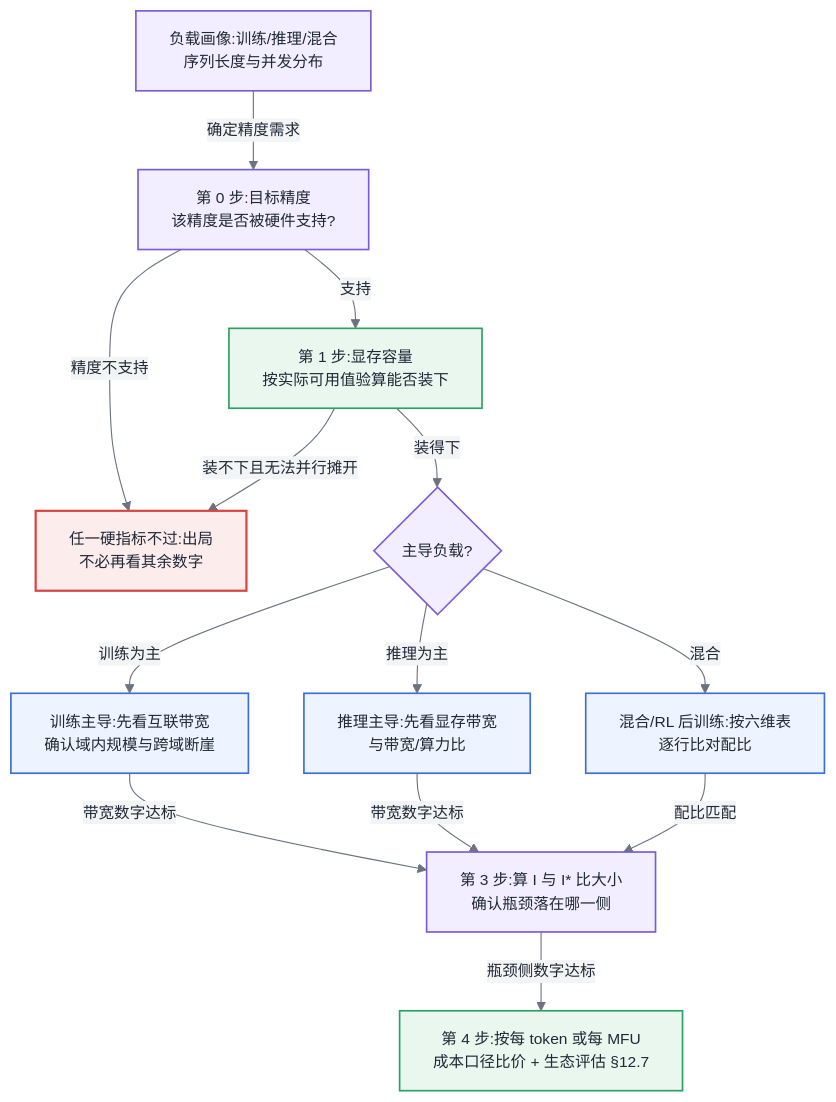
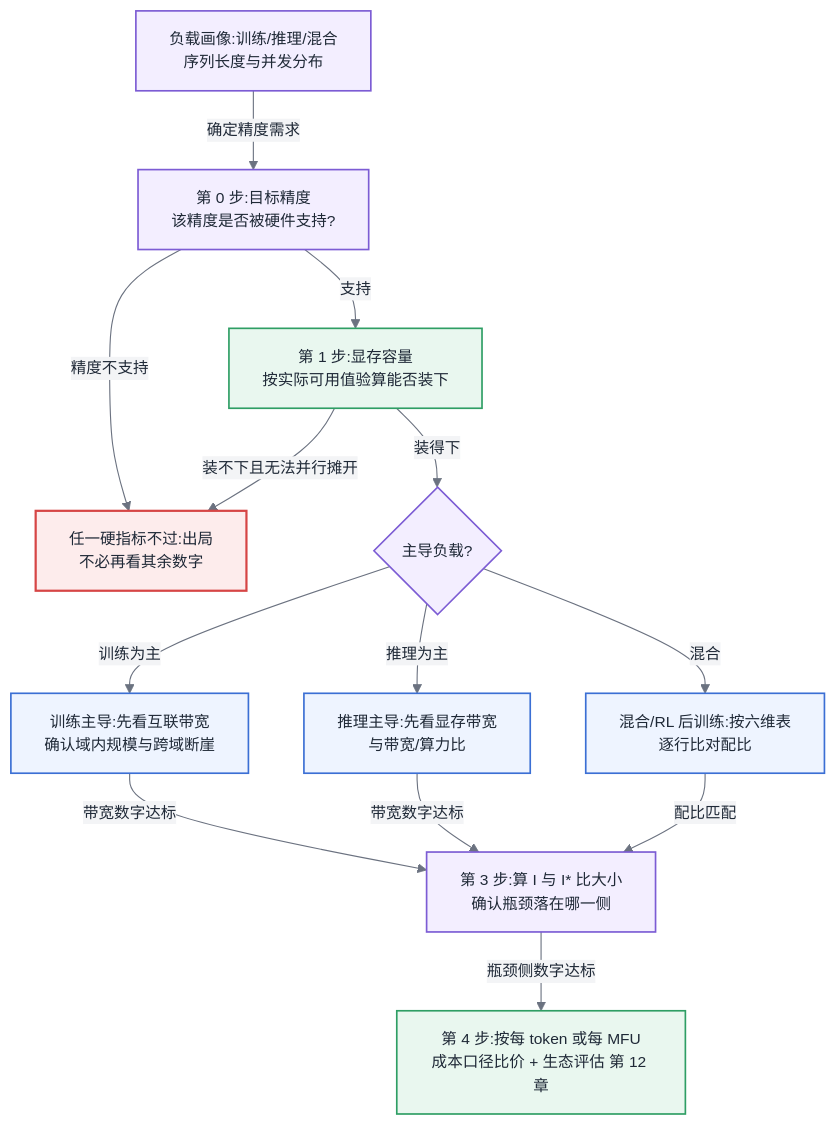
One commit to cdavid817/AI-Infra changed the fourth of 4 diagrams in 第一部分-基础与心智模型/第04章-硬件第一性原理、架构范式与数值精度.md. Above: the diagram before and after it, drawn with Mermaid. The commit also changed 12 other files, not shown here.

Commit message:
mermaid 图内不再出现 §X.Y 小节引用:本章自引删除,跨章引用改为「第 X 章」表述(13 文件 28 处)

````diff
--- a/第一部分-基础与心智模型/第04章-硬件第一性原理、架构范式与数值精度.md
+++ b/第一部分-基础与心智模型/第04章-硬件第一性原理、架构范式与数值精度.md
@@ -314,36 +314,36 @@
 ```mermaid
 %%{init: {'theme':'base','themeVariables':{
   'primaryColor':'#EEF4FF','primaryBorderColor':'#3B6FD4','primaryTextColor':'#1F2937',
   'secondaryColor':'#F3F4F6','tertiaryColor':'#FFFFFF',
   'lineColor':'#6B7280','fontFamily':'-apple-system, Segoe UI, Helvetica, Arial, sans-serif','fontSize':'14px'
 }}}%%
 flowchart TB
   classDef ctrl fill:#F3EEFF,stroke:#7C5CD4,stroke-width:1.5px,color:#1F2937
   classDef compute fill:#EEF4FF,stroke:#3B6FD4,stroke-width:1.5px,color:#1F2937
   classDef store fill:#E9F7EF,stroke:#2E9E64,stroke-width:1.5px,color:#1F2937
   classDef bottleneck fill:#FDECEC,stroke:#D64545,stroke-width:2px,color:#1F2937
 
   START[负载画像:训练/推理/混合<br/>序列长度与并发分布]:::ctrl
   P[第 0 步:目标精度<br/>该精度是否被硬件支持?]:::ctrl
   CAP[第 1 步:显存容量<br/>按实际可用值验算能否装下]:::store
   Q1{主导负载?}:::ctrl
   TR[训练主导:先看互联带宽<br/>确认域内规模与跨域断崖]:::compute
   INF[推理主导:先看显存带宽<br/>与带宽/算力比]:::compute
   MIX[混合/RL 后训练:按六维表<br/>逐行比对配比]:::compute
   RL[第 3 步:算 I 与 I* 比大小<br/>确认瓶颈落在哪一侧]:::ctrl
   FAIL[任一硬指标不过:出局<br/>不必再看其余数字]:::bottleneck
-  COST[第 4 步:按每 token 或每 MFU<br/>成本口径比价 + 生态评估 §12.7]:::store
+  COST[第 4 步:按每 token 或每 MFU<br/>成本口径比价 + 生态评估 第 12 章]:::store
 
   START -->|确定精度需求| P
   P -->|精度不支持| FAIL
   P -->|支持| CAP
   CAP -->|装不下且无法并行摊开| FAIL
   CAP -->|装得下| Q1
   Q1 -->|训练为主| TR
   Q1 -->|推理为主| INF
   Q1 -->|混合| MIX
   TR -->|带宽数字达标| RL
   INF -->|带宽数字达标| RL
   MIX -->|配比匹配| RL
   RL -->|瓶颈侧数字达标| COST
 ```
````
